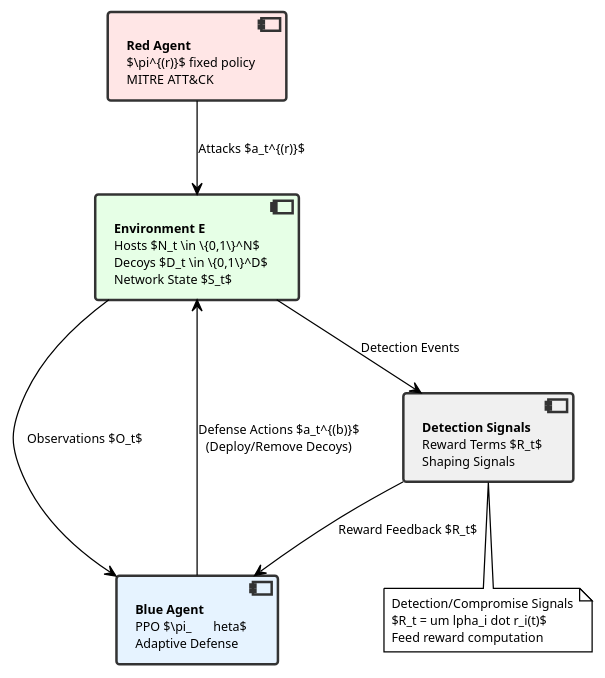
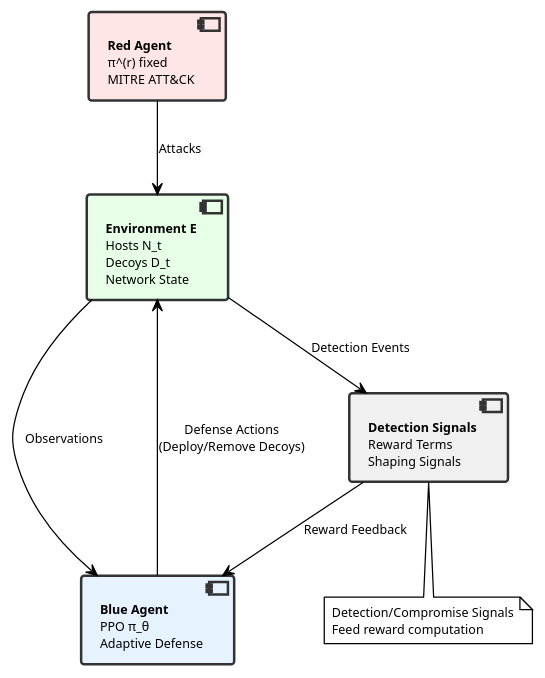
The diagram in research_docs/plantuml_diagrams/tikz_to_plantuml_conversion/environment_interaction_new.puml (miracle078/cyberwheel-IX), drawn with PlantUML before and after one commit. The commit also changed 472 other files, not shown here.

```diff
--- a/research_docs/plantuml_diagrams/tikz_to_plantuml_conversion/environment_interaction_new.puml
+++ b/research_docs/plantuml_diagrams/tikz_to_plantuml_conversion/environment_interaction_new.puml
@@ -1,28 +1,28 @@
-@startuml environment_interaction_enhanced
+@startuml environment_interaction_new
 !theme plain
 skinparam backgroundColor #FFFFFF
 skinparam defaultFontName Arial
 skinparam defaultFontSize 10
 
 skinparam component {
   BackgroundColor #F8F8F8
   BorderColor #333333
   BorderThickness 2
 }
 
-component [**Red Agent**\n$\pi^{(r)}$ fixed policy\nMITRE ATT&CK] as RedAgent #FFE6E6
-component [**Environment E**\nHosts $N_t \in \{0,1\}^N$\nDecoys $D_t \in \{0,1\}^D$\nNetwork State $S_t$] as Environment #E6FFE6
-component [**Blue Agent**\nPPO $\pi_\theta$\nAdaptive Defense] as BlueAgent #E6F3FF
+component [**Red Agent**\nπ^(r) fixed\nMITRE ATT&CK] as RedAgent #FFE6E6
+component [**Environment E**\nHosts N_t\nDecoys D_t\nNetwork State] as Environment #E6FFE6
+component [**Blue Agent**\nPPO π_θ\nAdaptive Defense] as BlueAgent #E6F3FF
 
-RedAgent --> Environment : Attacks $a_t^{(r)}$
-Environment --> BlueAgent : Observations $O_t$
-BlueAgent --> Environment : Defense Actions $a_t^{(b)}$\n(Deploy/Remove Decoys)
+RedAgent --> Environment : Attacks
+Environment --> BlueAgent : Observations
+BlueAgent --> Environment : Defense Actions\n(Deploy/Remove Decoys)
 
-component [**Detection Signals**\nReward Terms $R_t$\nShaping Signals] as Signals #F0F0F0
+component [**Detection Signals**\nReward Terms\nShaping Signals] as Signals #F0F0F0
 
 Environment --> Signals : Detection Events
-Signals --> BlueAgent : Reward Feedback $R_t$
+Signals --> BlueAgent : Reward Feedback
 
-note bottom of Signals : Detection/Compromise Signals\n$R_t = \sum \alpha_i \cdot r_i(t)$\nFeed reward computation
+note bottom of Signals : Detection/Compromise Signals\nFeed reward computation
 
 @enduml
```
